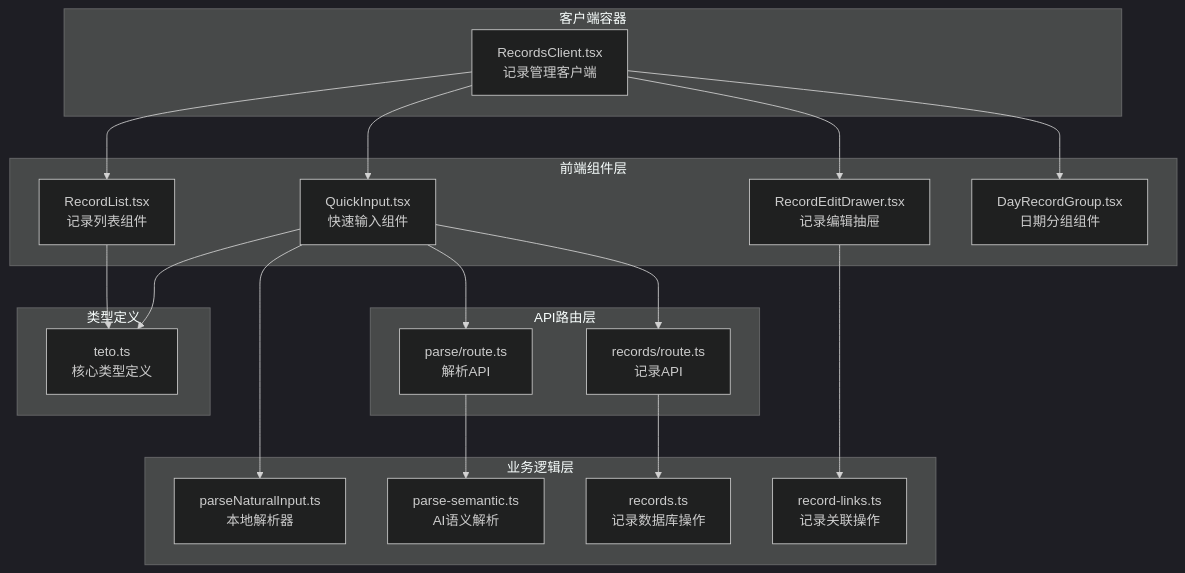
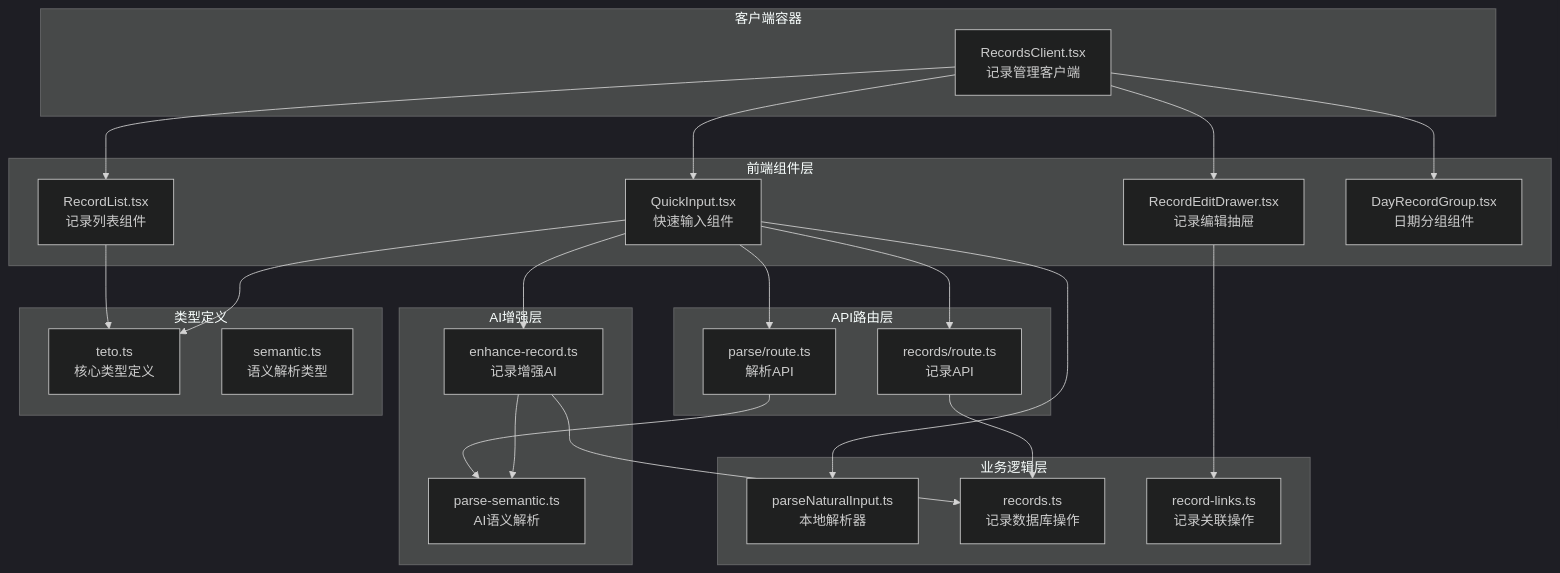
The first of 7 diagrams in .qoder/repowiki/zh/content/核心功能模块/记录管理系统/记录录入功能.md (bbong1234/TETO), drawn with Mermaid (dark theme) before and after one commit. The commit also changed other lines of this file and 134 other files, not shown here.

````diff
--- a/.qoder/repowiki/zh/content/核心功能模块/记录管理系统/记录录入功能.md
+++ b/.qoder/repowiki/zh/content/核心功能模块/记录管理系统/记录录入功能.md
@@ -46,37 +59,44 @@
 ```mermaid
 graph TB
 subgraph "前端组件层"
 QuickInput[QuickInput.tsx<br/>快速输入组件]
 RecordList[RecordList.tsx<br/>记录列表组件]
 RecordEdit[RecordEditDrawer.tsx<br/>记录编辑抽屉]
 DayGroup[DayRecordGroup.tsx<br/>日期分组组件]
 end
 subgraph "客户端容器"
 RecordsClient[RecordsClient.tsx<br/>记录管理客户端]
 end
 subgraph "API路由层"
 RecordsAPI[records/route.ts<br/>记录API]
 ParseAPI[parse/route.ts<br/>解析API]
 end
+subgraph "AI增强层"
+EnhanceAI[enhance-record.ts<br/>记录增强AI]
+ParseSemantic[parse-semantic.ts<br/>AI语义解析]
+end
 subgraph "业务逻辑层"
 ParseUtils[parseNaturalInput.ts<br/>本地解析器]
-AISemantic[parse-semantic.ts<br/>AI语义解析]
 RecordDB[records.ts<br/>记录数据库操作]
 LinkDB[record-links.ts<br/>记录关联操作]
 end
 subgraph "类型定义"
 Types[teto.ts<br/>核心类型定义]
+SemanticTypes[semantic.ts<br/>语义解析类型]
 end
 RecordsClient --> QuickInput
 RecordsClient --> RecordList
 RecordsClient --> RecordEdit
 RecordsClient --> DayGroup
 QuickInput --> ParseUtils
 QuickInput --> ParseAPI
 QuickInput --> RecordsAPI
+QuickInput --> EnhanceAI
 RecordsAPI --> RecordDB
-ParseAPI --> AISemantic
+ParseAPI --> ParseSemantic
 RecordEdit --> LinkDB
 RecordList --> Types
 QuickInput --> Types
+EnhanceAI --> ParseSemantic
+EnhanceAI --> RecordDB
 ```
````
